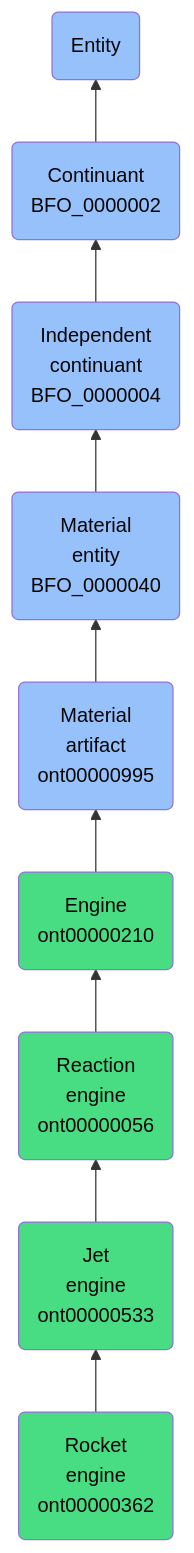
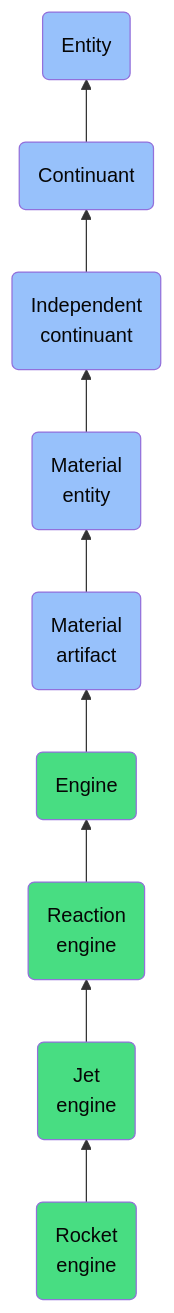
One commit to jupyter-naas/abi changed the diagram in docs/ontology/reference/model/Entity/Continuant/Independent continuant/Material entity/Material artifact/Engine/Reaction engine/Jet engine/Rocket engine/Rocket engine.md. Above: the diagram before and after it, drawn with Mermaid. The commit also changed other lines of this file and 1430 other files, not shown here.

````diff
--- a/docs/ontology/reference/model/Entity/Continuant/Independent continuant/Material entity/Material artifact/Engine/Reaction engine/Jet engine/Rocket engine/Rocket engine.md
+++ b/docs/ontology/reference/model/Entity/Continuant/Independent continuant/Material entity/Material artifact/Engine/Reaction engine/Jet engine/Rocket engine/Rocket engine.md
@@ -24,16 +24,16 @@
 ```mermaid
 graph BT
-    ont00000362(Rocket<br>engine<br>ont00000362):::ABI-->ont00000533
-    ont00000533(Jet<br>engine<br>ont00000533):::ABI-->ont00000056
-    ont00000056(Reaction<br>engine<br>ont00000056):::ABI-->ont00000210
-    ont00000210(Engine<br>ont00000210):::ABI-->ont00000995
-    ont00000995(Material<br>artifact<br>ont00000995):::BFO-->BFO_0000040
-    BFO_0000040(Material<br>entity<br>BFO_0000040):::BFO-->BFO_0000004
-    BFO_0000004(Independent<br>continuant<br>BFO_0000004):::BFO-->BFO_0000002
-    BFO_0000002(Continuant<br>BFO_0000002):::BFO-->BFO_0000001
+    ont00000362(Rocket<br>engine):::ABI-->ont00000533
+    ont00000533(Jet<br>engine):::ABI-->ont00000056
+    ont00000056(Reaction<br>engine):::ABI-->ont00000210
+    ont00000210(Engine):::ABI-->ont00000995
+    ont00000995(Material<br>artifact):::BFO-->BFO_0000040
+    BFO_0000040(Material<br>entity):::BFO-->BFO_0000004
+    BFO_0000004(Independent<br>continuant):::BFO-->BFO_0000002
+    BFO_0000002(Continuant):::BFO-->BFO_0000001
     BFO_0000001(Entity):::BFO
     
     classDef BFO fill:#97c1fb,color:#060606
     classDef CCO fill:#e4c51e,color:#060606
     classDef ABI fill:#48DD82,color:#060606
 ```
````
